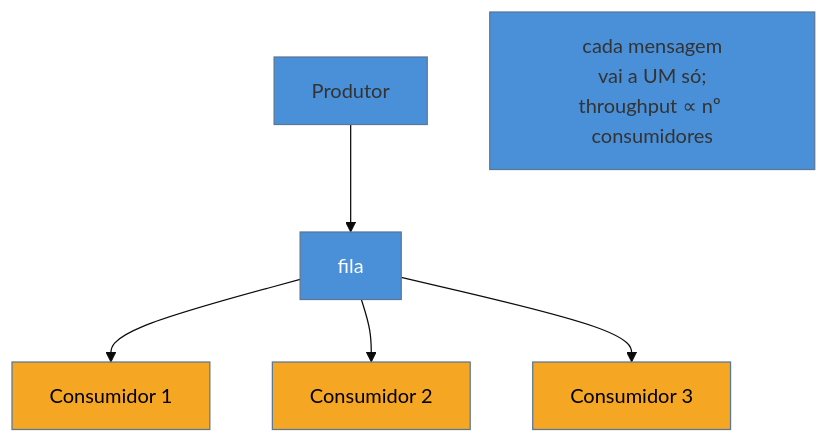
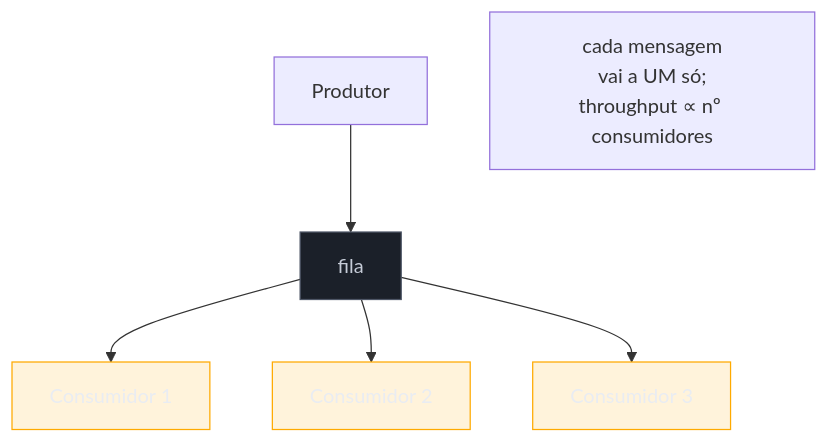
Before and after one commit to josenaldo/codex-technomanticus: the diagram in 03-Dominios/Engenharia/Design de Software/Padrões de Projeto/Integração Empresarial (EIP)/11 - Competing Consumers.md, drawn with Mermaid. The commit also changed 1181 other files, not shown here.

First line of the commit message:
fix(diagramas): paleta do sistema no lugar de cor cravada no markdown

````diff
--- a/03-Dominios/Engenharia/Design de Software/Padrões de Projeto/Integração Empresarial (EIP)/11 - Competing Consumers.md
+++ b/03-Dominios/Engenharia/Design de Software/Padrões de Projeto/Integração Empresarial (EIP)/11 - Competing Consumers.md
@@ -34,14 +34,15 @@
 ```mermaid
-%%{init: {"theme": "base", "themeVariables": {"primaryColor": "#4A90D9"}}}%%
 graph TD
+    classDef neutro fill:#1B2029,stroke:#4E5666,color:#C6CCD8
+    classDef destaque fill:#FFAA0024,stroke:#FFAA00,color:#E9ECF2
     P["Produtor"] --> Q["fila"]
     Q --> C1["Consumidor 1"]
     Q --> C2["Consumidor 2"]
     Q --> C3["Consumidor 3"]
     NOTE["cada mensagem<br/>vai a UM só;<br/>throughput ∝ nº consumidores"]
 
-    style Q fill:#4A90D9,color:#fff
-    style C1 fill:#F5A623,color:#000
-    style C2 fill:#F5A623,color:#000
-    style C3 fill:#F5A623,color:#000
+    class Q neutro
+    class C1 destaque
+    class C2 destaque
+    class C3 destaque
 ```
````
